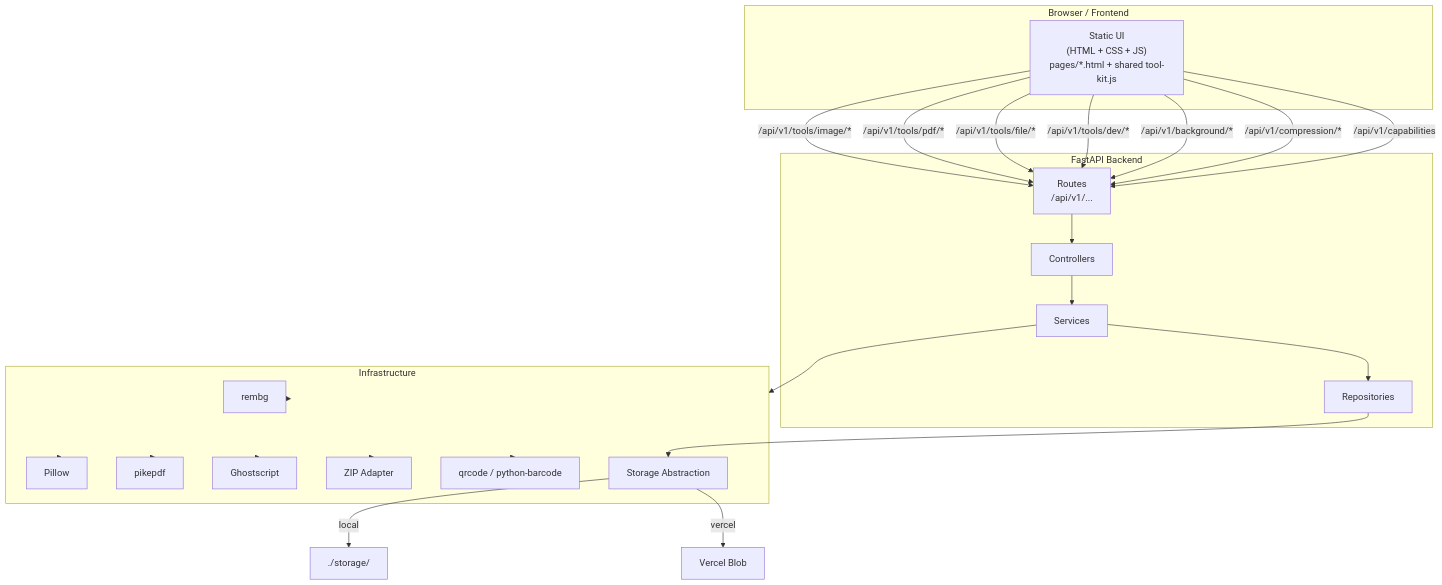
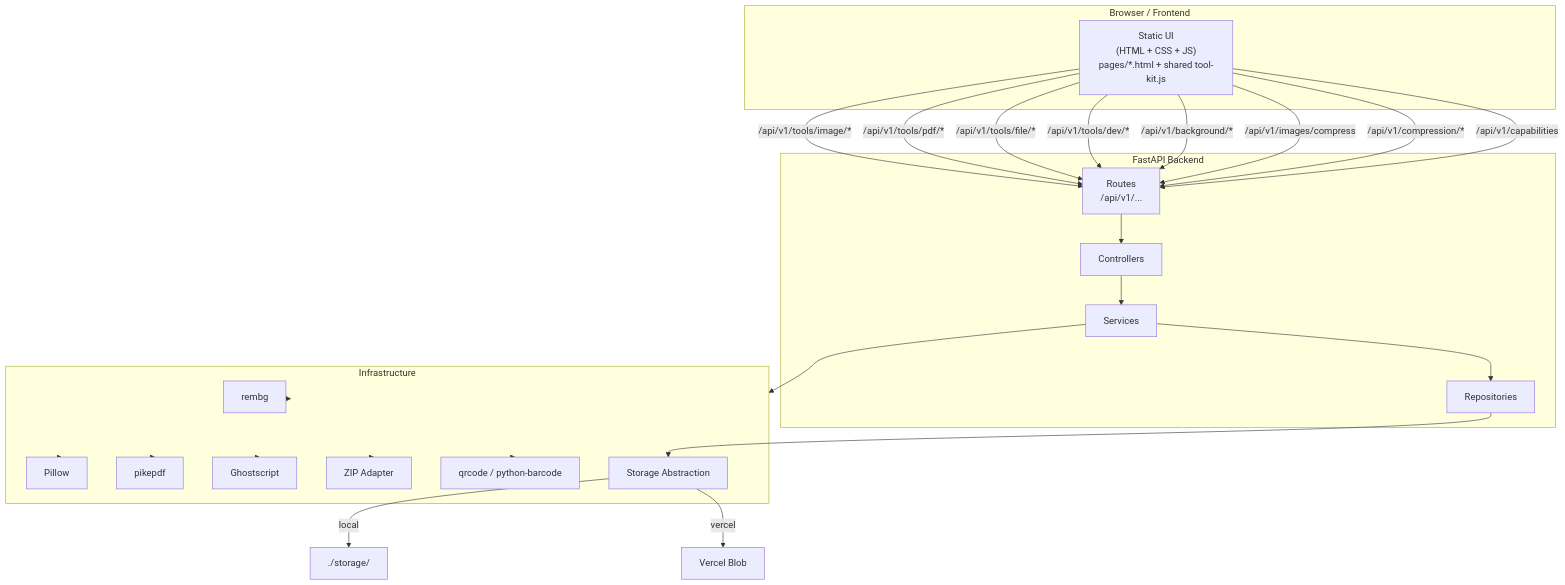
Before and after one commit to oyinlola-tech/lesser-remover: the first of 2 diagrams in README.md, drawn with Mermaid. The commit also changed other lines of this file, not shown here.

````diff
--- a/README.md
+++ b/README.md
@@ -23,47 +23,48 @@
 ```mermaid
 flowchart TD
     subgraph Browser["Browser / Frontend"]
         UI["Static UI\n(HTML + CSS + JS)\npages/*.html + shared tool-kit.js"]
     end
 
     subgraph FastAPI["FastAPI Backend"]
         Routes["Routes\n/api/v1/..."]
         Controllers["Controllers"]
         Services["Services"]
         Repositories["Repositories"]
     end
 
     subgraph Infrastructure["Infrastructure"]
         Rembg["rembg"]
         Pillow["Pillow"]
         Pikepdf["pikepdf"]
         GS["Ghostscript"]
         Zip["ZIP Adapter"]
         QR["qrcode / python-barcode"]
         Storage["Storage Abstraction"]
     end
 
     UI -->|/api/v1/tools/image/*| Routes
     UI -->|/api/v1/tools/pdf/*| Routes
     UI -->|/api/v1/tools/file/*| Routes
     UI -->|/api/v1/tools/dev/*| Routes
     UI -->|/api/v1/background/*| Routes
+    UI -->|/api/v1/images/compress| Routes
     UI -->|/api/v1/compression/*| Routes
     UI -->|/api/v1/capabilities| Routes
 
     Routes --> Controllers
     Controllers --> Services
     Services --> Repositories
     Services --> Infrastructure
 
     Repositories --> Storage
     Infrastructure --> Rembg
     Infrastructure --> Pillow
     Infrastructure --> Pikepdf
     Infrastructure --> GS
     Infrastructure --> Zip
     Infrastructure --> QR
 
     Storage -->|local| LocalFS["./storage/"]
     Storage -->|vercel| VercelBlob["Vercel Blob"]
 ```
````
